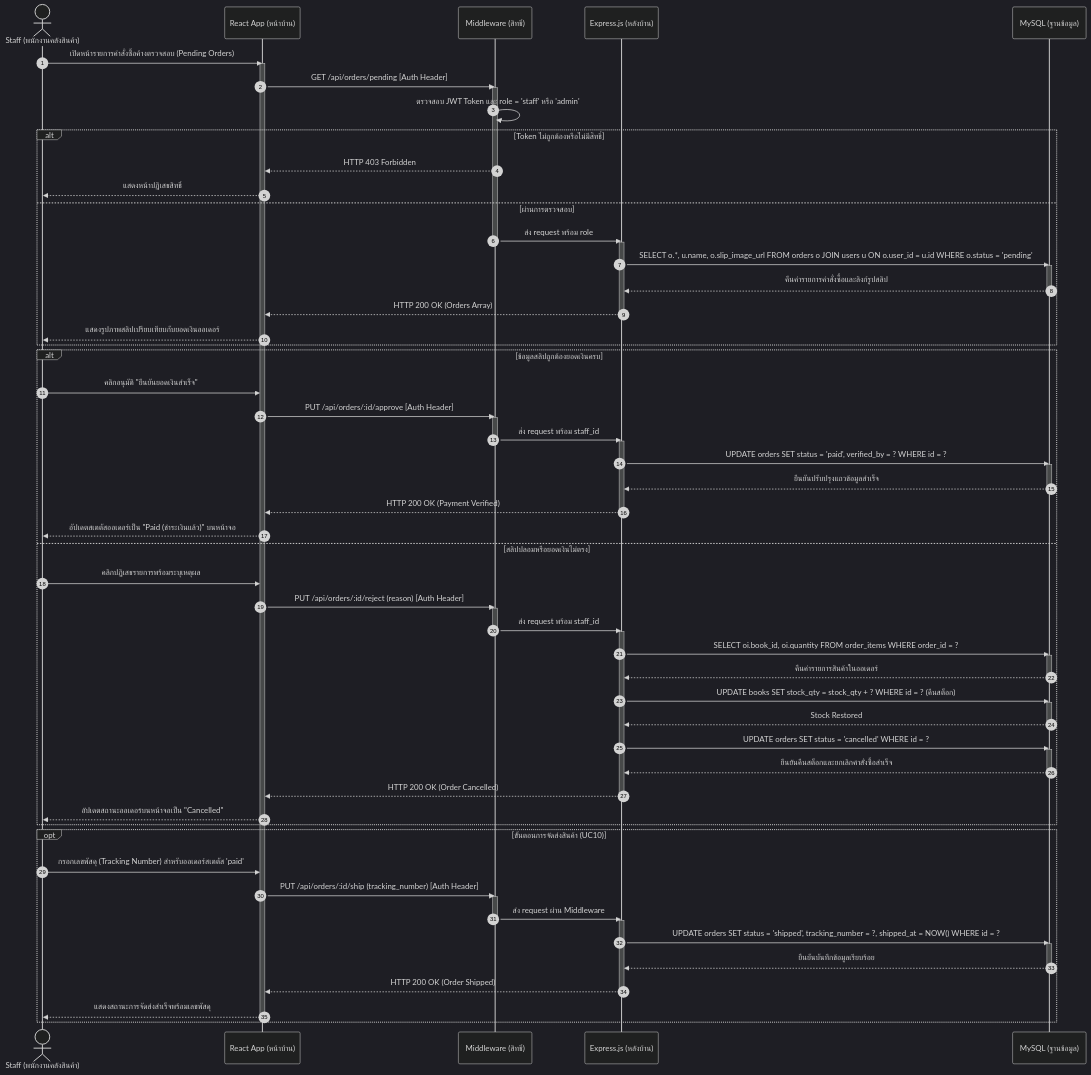
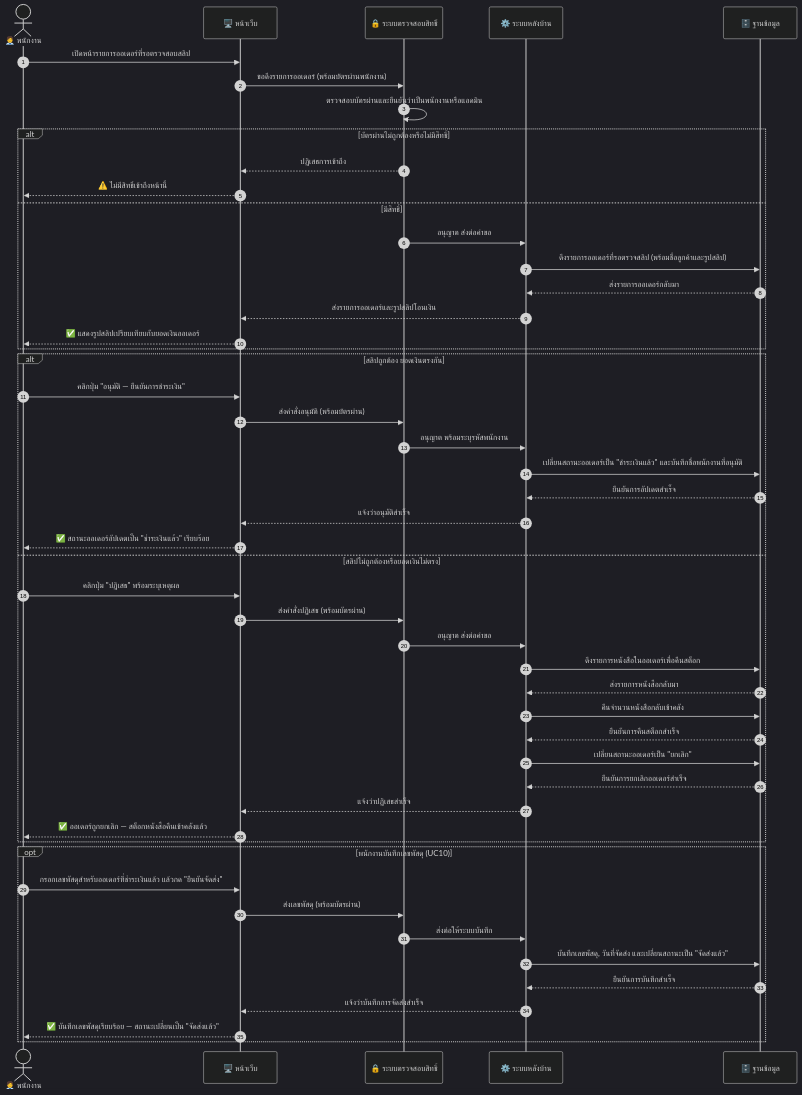
Before and after one commit to SupvichSpuGM/online-bookstore: the ninth of 15 diagrams in diagram/Diagram.md, drawn with Mermaid (dark theme). The commit also changed other lines of this file and 1 other file, not shown here.

````diff
--- a/diagram/Diagram.md
+++ b/diagram/Diagram.md
@@ -564,85 +528,55 @@
 ```mermaid
 sequenceDiagram
-            autonumber
-            actor Staff as Staff (พนักงานคลังสินค้า)
-            participant Client as React App (หน้าบ้าน)
-            participant AuthMW as Middleware (สิทธิ์)
-            participant API as Express.js (หลังบ้าน)
-            participant DB as MySQL (ฐานข้อมูล)
+    autonumber
+    actor Staff as 🧑‍💼 พนักงาน
+    participant Web as 🖥️ หน้าเว็บ
+    participant Guard as 🔒 ระบบตรวจสอบสิทธิ์
+    participant App as ⚙️ ระบบหลังบ้าน
+    participant DB as 🗄️ ฐานข้อมูล
 
-            Staff->>Client: เปิดหน้ารายการคำสั่งซื้อค้างตรวจสอบ (Pending Orders)
-            activate Client
-            Client->>AuthMW: GET /api/orders/pending [Auth Header]
-            activate AuthMW
-            AuthMW->>AuthMW: ตรวจสอบ JWT Token และ role = 'staff' หรือ 'admin'
-            alt Token ไม่ถูกต้องหรือไม่มีสิทธิ์
-                AuthMW-->>Client: HTTP 403 Forbidden
-                Client-->>Staff: แสดงหน้าปฏิเสธสิทธิ์
-            else ผ่านการตรวจสอบ
-                AuthMW->>API: ส่ง request พร้อม role
-                deactivate AuthMW
-                activate API
-                API->>DB: SELECT o.*, u.name, o.slip_image_url FROM orders o JOIN users u ON o.user_id = u.id WHERE o.status = 'pending'
-                activate DB
-                DB-->>API: คืนค่ารายการคำสั่งซื้อและลิงก์รูปสลิป
-                deactivate DB
-                API-->>Client: HTTP 200 OK (Orders Array)
-                deactivate API
-                Client-->>Staff: แสดงรูปภาพสลิปเปรียบเทียบกับยอดเงินออเดอร์
-            end
+    Staff->>Web: เปิดหน้ารายการออเดอร์ที่รอตรวจสอบสลิป
+    Web->>Guard: ขอดึงรายการออเดอร์ (พร้อมบัตรผ่านพนักงาน)
+    Guard->>Guard: ตรวจสอบบัตรผ่านและยืนยันว่าเป็นพนักงานหรือแอดมิน
+    alt บัตรผ่านไม่ถูกต้องหรือไม่มีสิทธิ์
+        Guard-->>Web: ปฏิเสธการเข้าถึง
+        Web-->>Staff: ⚠️ ไม่มีสิทธิ์เข้าถึงหน้านี้
+    else มีสิทธิ์
+        Guard->>App: อนุญาต ส่งต่อคำขอ
+        App->>DB: ดึงรายการออเดอร์ที่รอตรวจสลิป (พร้อมชื่อลูกค้าและรูปสลิป)
+        DB-->>App: ส่งรายการออเดอร์กลับมา
+        App-->>Web: ส่งรายการออเดอร์และรูปสลิปโอนเงิน
+        Web-->>Staff: ✅ แสดงรูปสลิปเปรียบเทียบกับยอดเงินออเดอร์
+    end
 
-            alt ข้อมูลสลิปถูกต้องยอดเงินครบ
-                Staff->>Client: คลิกอนุมัติ "ยืนยันยอดเงินสำเร็จ"
-                Client->>AuthMW: PUT /api/orders/:id/approve [Auth Header]
-                activate AuthMW
-                AuthMW->>API: ส่ง request พร้อม staff_id
-                deactivate AuthMW
-                activate API
-                API->>DB: UPDATE orders SET status = 'paid', verified_by = ? WHERE id = ?
-                activate DB
-                DB-->>API: ยืนยันปรับปรุงแถวข้อมูลสำเร็จ
-                deactivate DB
-                API-->>Client: HTTP 200 OK (Payment Verified)
-                deactivate API
-                Client-->>Staff: อัปเดตสเตตัสออเดอร์เป็น "Paid (ชำระเงินแล้ว)" บนหน้าจอ
-            else สลิปปลอมหรือยอดเงินไม่ตรง
-                Staff->>Client: คลิกปฏิเสธรายการพร้อมระบุเหตุผล
-                Client->>AuthMW: PUT /api/orders/:id/reject (reason) [Auth Header]
-                activate AuthMW
-                AuthMW->>API: ส่ง request พร้อม staff_id
-                deactivate AuthMW
-                activate API
-                API->>DB: SELECT oi.book_id, oi.quantity FROM order_items WHERE order_id = ?
-                activate DB
-                DB-->>API: คืนค่ารายการสินค้าในออเดอร์
-                deactivate DB
-                API->>DB: UPDATE books SET stock_qty = stock_qty + ? WHERE id = ? (คืนสต็อก)
-                activate DB
-                DB-->>API: Stock Restored
-                deactivate DB
-                API->>DB: UPDATE orders SET status = 'cancelled' WHERE id = ?
-                activate DB
-                DB-->>API: ยืนยันคืนสต็อกและยกเลิกคำสั่งซื้อสำเร็จ
-                deactivate DB
-                API-->>Client: HTTP 200 OK (Order Cancelled)
-                deactivate API
-                Client-->>Staff: อัปเดตสถานะออเดอร์บนหน้าจอเป็น "Cancelled"
-            end
+    alt สลิปถูกต้อง ยอดเงินตรงกัน
+        Staff->>Web: คลิกปุ่ม "อนุมัติ — ยืนยันการชำระเงิน"
+        Web->>Guard: ส่งคำสั่งอนุมัติ (พร้อมบัตรผ่าน)
+        Guard->>App: อนุญาต พร้อมระบุรหัสพนักงาน
+        App->>DB: เปลี่ยนสถานะออเดอร์เป็น "ชำระเงินแล้ว" และบันทึกชื่อพนักงานที่อนุมัติ
+        DB-->>App: ยืนยันการอัปเดตสำเร็จ
+        App-->>Web: แจ้งว่าอนุมัติสำเร็จ
+        Web-->>Staff: ✅ สถานะออเดอร์อัปเดตเป็น "ชำระเงินแล้ว" เรียบร้อย
+    else สลิปไม่ถูกต้องหรือยอดเงินไม่ตรง
+        Staff->>Web: คลิกปุ่ม "ปฏิเสธ" พร้อมระบุเหตุผล
+        Web->>Guard: ส่งคำสั่งปฏิเสธ (พร้อมบัตรผ่าน)
+        Guard->>App: อนุญาต ส่งต่อคำขอ
+        App->>DB: ดึงรายการหนังสือในออเดอร์เพื่อคืนสต็อก
+        DB-->>App: ส่งรายการหนังสือกลับมา
+        App->>DB: คืนจำนวนหนังสือกลับเข้าคลัง
+        DB-->>App: ยืนยันการคืนสต็อกสำเร็จ
+        App->>DB: เปลี่ยนสถานะออเดอร์เป็น "ยกเลิก"
+        DB-->>App: ยืนยันการยกเลิกออเดอร์สำเร็จ
+        App-->>Web: แจ้งว่าปฏิเสธสำเร็จ
+        Web-->>Staff: ✅ ออเดอร์ถูกยกเลิก — สต็อกหนังสือคืนเข้าคลังแล้ว
+    end
 
-            opt ขั้นตอนการจัดส่งสินค้า (UC10)
-                Staff->>Client: กรอกเลขพัสดุ (Tracking Number) สำหรับออเดอร์สเตตัส 'paid'
-                Client->>AuthMW: PUT /api/orders/:id/ship (tracking_number) [Auth Header]
-                activate AuthMW
-                AuthMW->>API: ส่ง request ผ่าน Middleware
-                deactivate AuthMW
-                activate API
-                API->>DB: UPDATE orders SET status = 'shipped', tracking_number = ?, shipped_at = NOW() WHERE id = ?
-                activate DB
-                DB-->>API: ยืนยันบันทึกข้อมูลเรียบร้อย
-                deactivate DB
-                API-->>Client: HTTP 200 OK (Order Shipped)
-                deactivate API
-                Client-->>Staff: แสดงสถานะการจัดส่งสำเร็จพร้อมเลขพัสดุ
-                deactivate Client
-            end
+    opt พนักงานบันทึกเลขพัสดุ (UC10)
+        Staff->>Web: กรอกเลขพัสดุสำหรับออเดอร์ที่ชำระเงินแล้ว แล้วกด "ยืนยันจัดส่ง"
+        Web->>Guard: ส่งเลขพัสดุ (พร้อมบัตรผ่าน)
+        Guard->>App: ส่งต่อให้ระบบบันทึก
+        App->>DB: บันทึกเลขพัสดุ, วันที่จัดส่ง และเปลี่ยนสถานะเป็น "จัดส่งแล้ว"
+        DB-->>App: ยืนยันการบันทึกสำเร็จ
+        App-->>Web: แจ้งว่าบันทึกการจัดส่งสำเร็จ
+        Web-->>Staff: ✅ บันทึกเลขพัสดุเรียบร้อย — สถานะเปลี่ยนเป็น "จัดส่งแล้ว"
+    end
 ```
````
